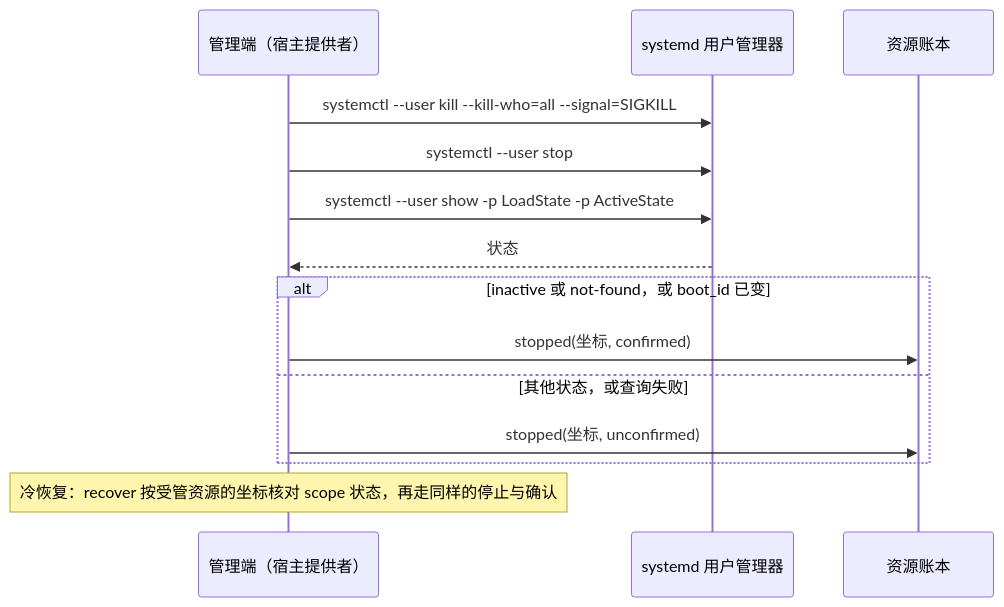
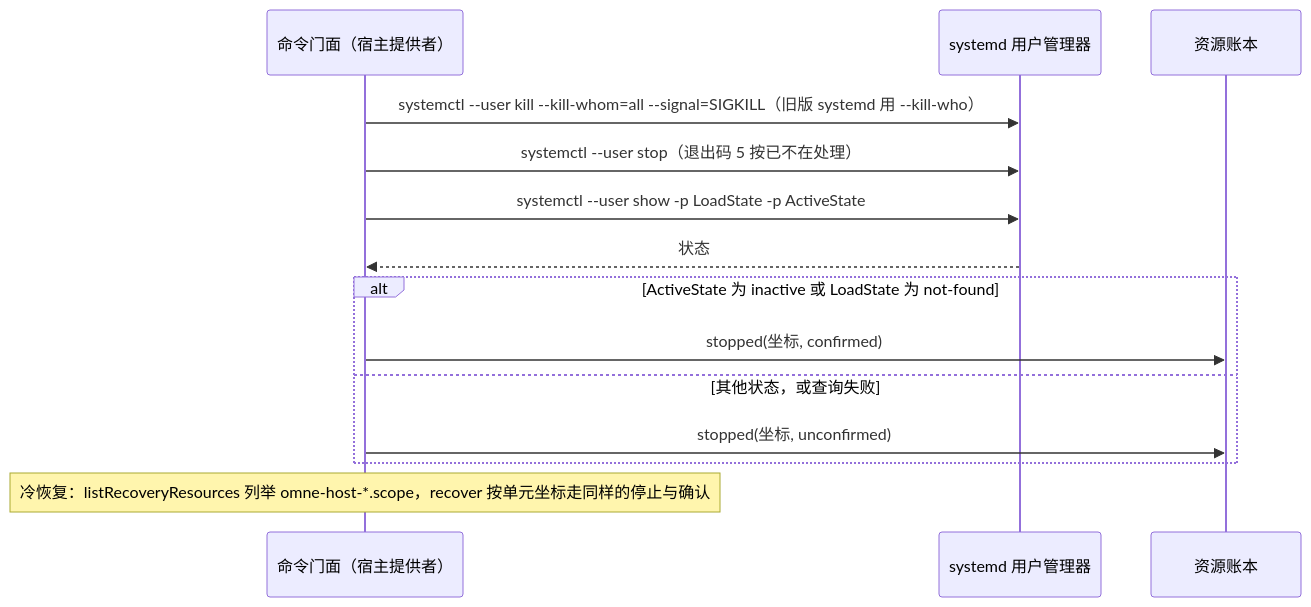
Before and after one commit to nemori-ai/omne-harness-lite: the fifth of 5 diagrams in packages/execution/execution-environment-host-local/docs/flows.md, drawn with Mermaid. The commit also changed other lines of this file and 8 other files, not shown here.

````diff
--- a/packages/execution/execution-environment-host-local/docs/flows.md
+++ b/packages/execution/execution-environment-host-local/docs/flows.md
@@ -185,16 +163,16 @@
 ```mermaid
 sequenceDiagram
-  participant M as 管理端（宿主提供者）
+  participant M as 命令门面（宿主提供者）
   participant S as systemd 用户管理器
   participant R as 资源账本
-  M->>S: systemctl --user kill --kill-who=all --signal=SIGKILL
-  M->>S: systemctl --user stop
+  M->>S: systemctl --user kill --kill-whom=all --signal=SIGKILL（旧版 systemd 用 --kill-who）
+  M->>S: systemctl --user stop（退出码 5 按已不在处理）
   M->>S: systemctl --user show -p LoadState -p ActiveState
   S-->>M: 状态
-  alt inactive 或 not-found，或 boot_id 已变
+  alt ActiveState 为 inactive 或 LoadState 为 not-found
     M->>R: stopped(坐标, confirmed)
   else 其他状态，或查询失败
     M->>R: stopped(坐标, unconfirmed)
   end
-  Note over M: 冷恢复：recover 按受管资源的坐标核对 scope 状态，再走同样的停止与确认
+  Note over M: 冷恢复：listRecoveryResources 列举 omne-host-*.scope，recover 按单元坐标走同样的停止与确认
 ```
````
